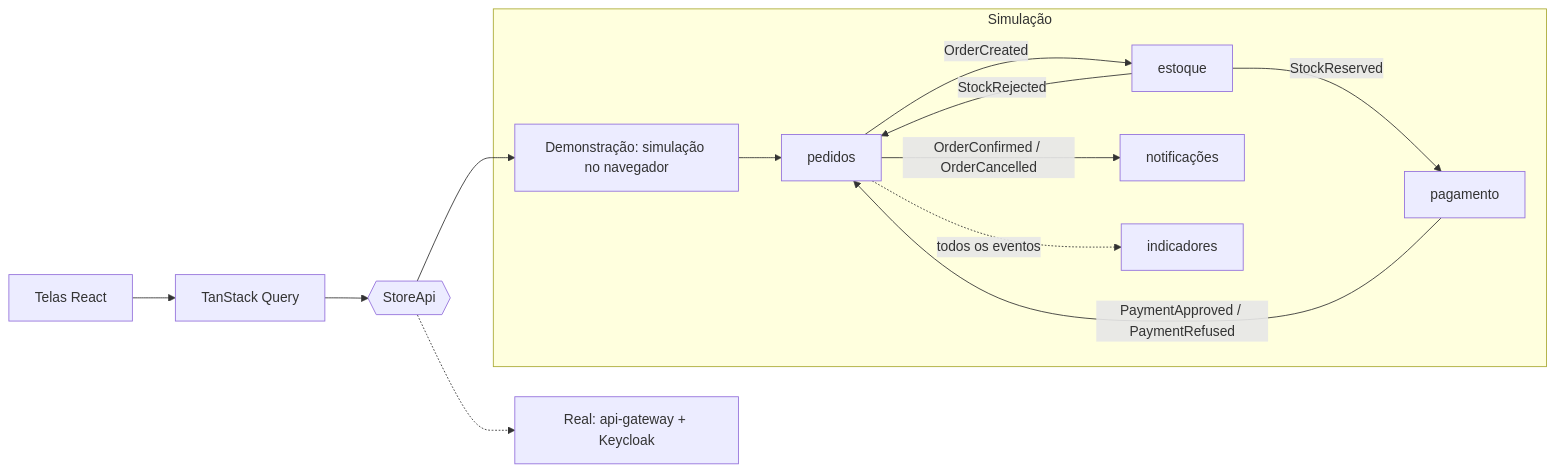
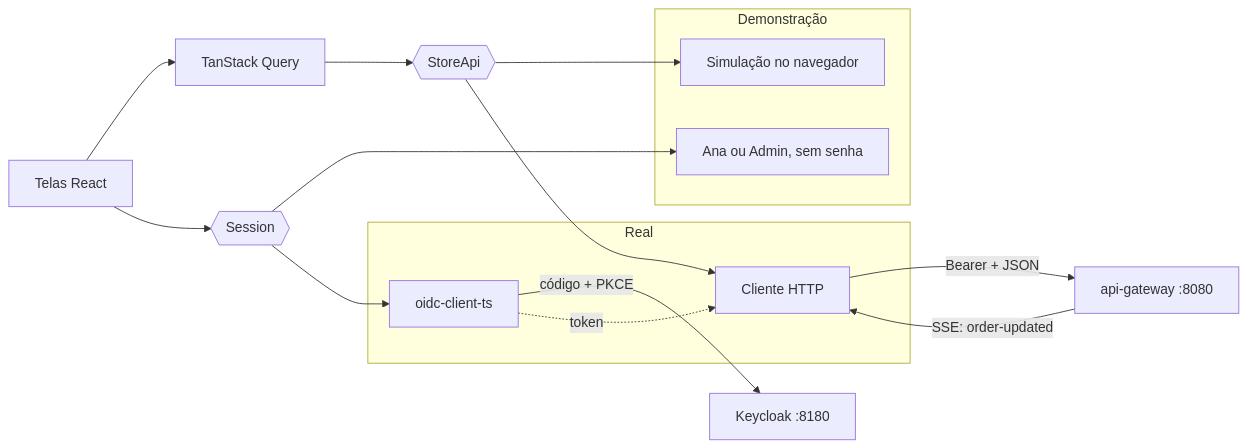
One commit to Jhonatas-de-Freitas/order-dashboard changed the diagram in README.md. Above: the diagram before and after it, drawn with Mermaid. The commit also changed other lines of this file and 6 other files, not shown here.

````diff
--- a/README.md
+++ b/README.md
@@ -23,17 +30,25 @@
 ```mermaid
 flowchart LR
   T[Telas React] --> Q[TanStack Query]
   Q --> A{{StoreApi}}
-  A --> D[Demonstração: simulação no navegador]
-  A -.-> R[Real: api-gateway + Keycloak]
+  T --> S{{Session}}
 
-  subgraph Simulação
-    D --> O[pedidos]
-    O -- OrderCreated --> I[estoque]
-    I -- StockReserved --> P[pagamento]
-    P -- PaymentApproved / PaymentRefused --> O
-    I -- StockRejected --> O
-    O -- OrderConfirmed / OrderCancelled --> N[notificações]
-    O -. todos os eventos .-> M[indicadores]
+  A --> D[Simulação no navegador]
+  S --> P[Ana ou Admin, sem senha]
+
+  A --> G[Cliente HTTP]
+  G -- "Bearer + JSON" --> GW[api-gateway :8080]
+  GW -- "SSE: order-updated" --> G
+  S --> O[oidc-client-ts]
+  O -- "código + PKCE" --> KC[Keycloak :8180]
+  O -. token .-> G
+
+  subgraph Demonstração
+    D
+    P
+  end
+  subgraph Real
+    G
+    O
   end
 ```
````
